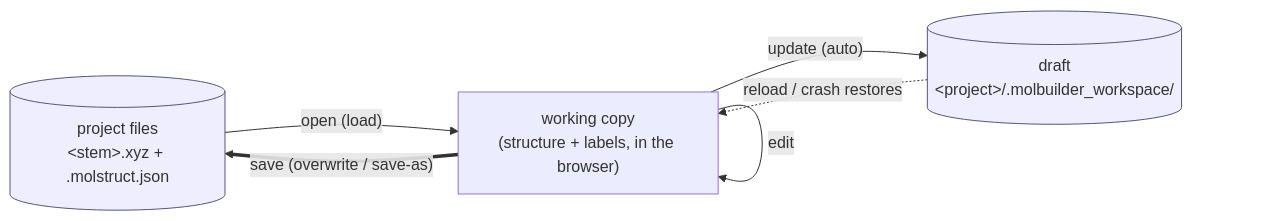
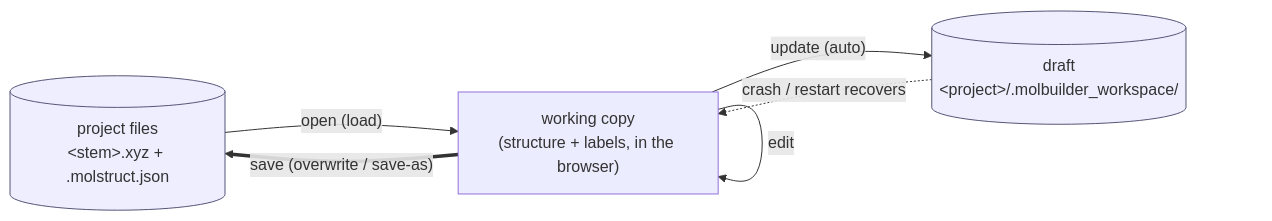
One commit to Qing-LAB/molbuilder changed the first of 2 diagrams in docs/protocols/working-copy-persistence.md. Above: the diagram before and after it, drawn with Mermaid. The commit also changed other lines of this file, not shown here.

First line of the commit message:
docs: working-copy review -- fix the reload-vs-crash restore mechanism

````diff
--- a/docs/protocols/working-copy-persistence.md
+++ b/docs/protocols/working-copy-persistence.md
@@ -46,13 +46,13 @@
 ```mermaid
 flowchart LR
     F[("project files<br/>&lt;stem&gt;.xyz + .molstruct.json")]
     WC["working copy<br/>(structure + labels, in the browser)"]
     D[("draft<br/>&lt;project&gt;/.molbuilder_workspace/")]
     F -- "open (load)" --> WC
     WC -- "edit" --> WC
     WC -- "update (auto)" --> D
-    D -. "reload / crash restores" .-> WC
+    D -. "crash / restart recovers" .-> WC
     WC == "save (overwrite / save-as)" ==> F
     classDef store fill:#eef,stroke:#557;
     class F,D store;
 ```
````
